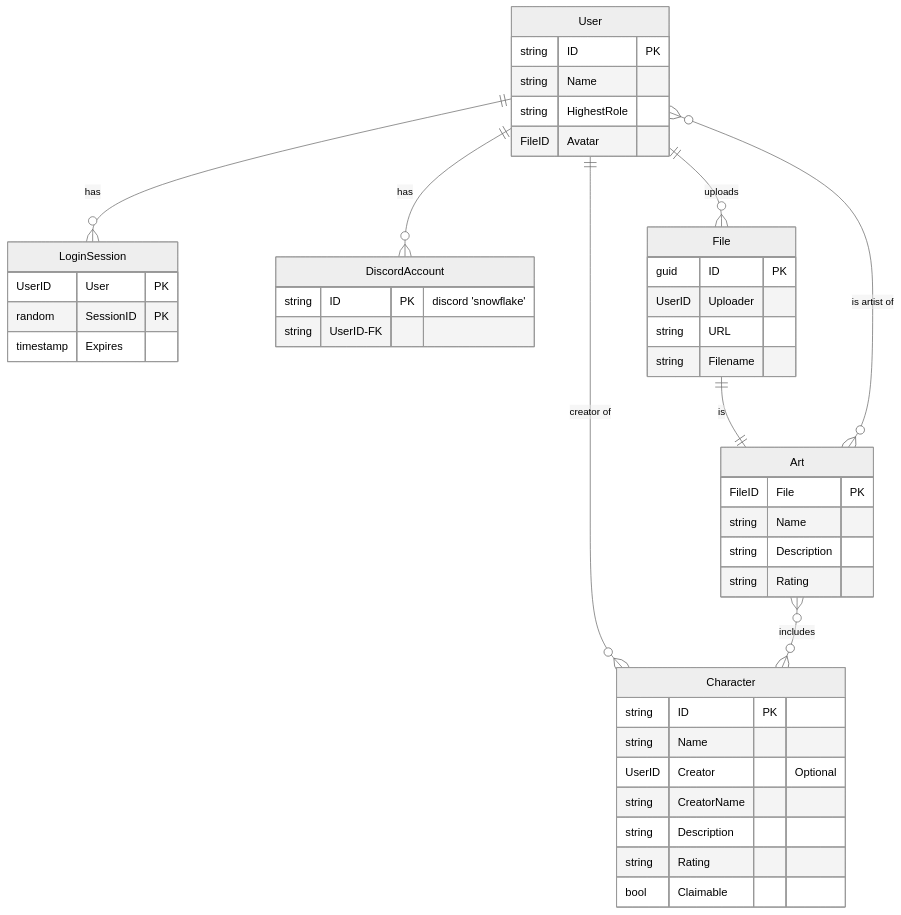
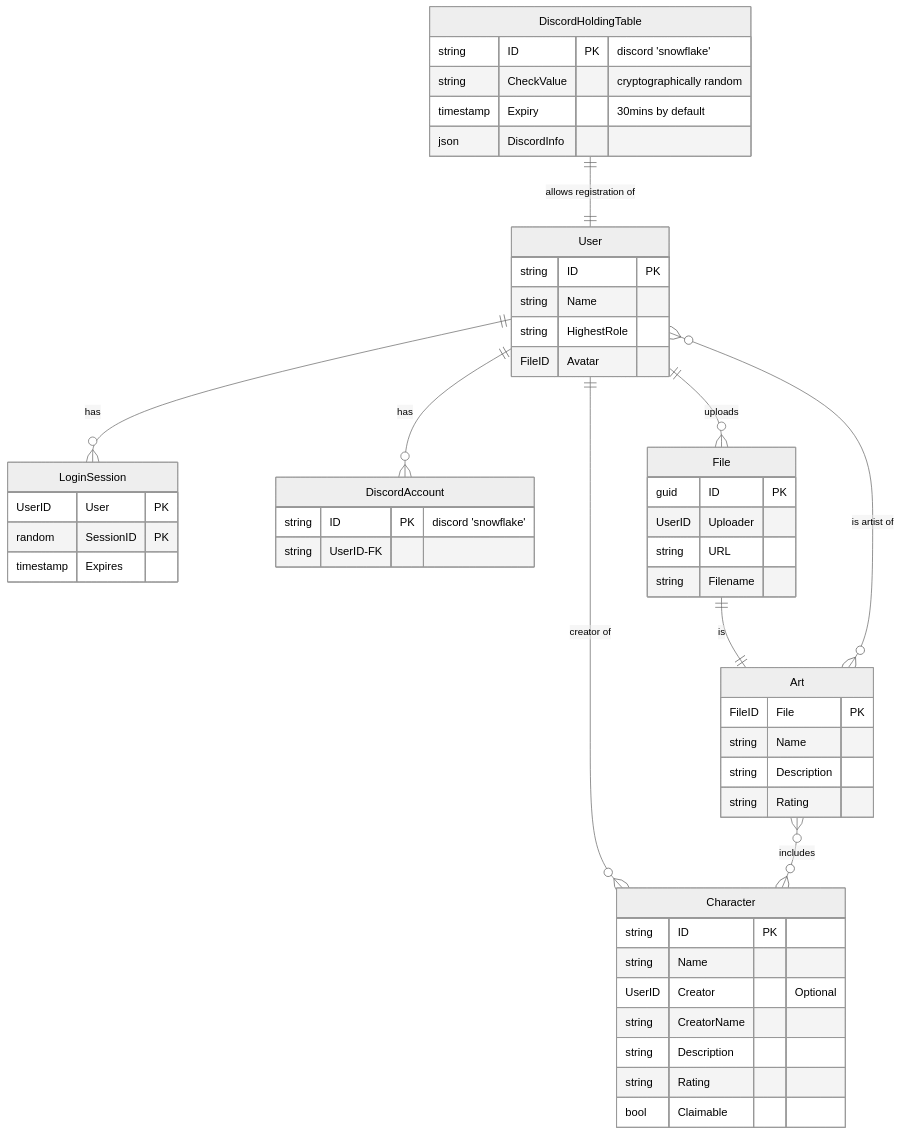
The second of 2 diagrams in docs/architecture.md (DanielOaks/mlpds-backend), drawn with Mermaid (neutral theme) before and after one commit. The commit also changed other lines of this file and 7 other files, not shown here.

````diff
--- a/docs/architecture.md
+++ b/docs/architecture.md
@@ -3,46 +29,54 @@
 ```mermaid
 erDiagram
+    DiscordHoldingTable {
+        string ID PK "discord 'snowflake'"
+        string CheckValue "cryptographically random"
+        timestamp Expiry "30mins by default"
+        json DiscordInfo
+    }
+    DiscordHoldingTable ||--|| User : "allows registration of"
     User ||--o{ LoginSession : has
     User ||--o{ DiscordAccount : has
     User {
         string ID PK
         string Name
         string HighestRole
         FileID Avatar
     }
     LoginSession {
         UserID User PK
         random SessionID PK
         timestamp Expires
     }
     DiscordAccount {
         string ID PK "discord 'snowflake'"
         string UserID-FK
     }
     User ||--o{ Character : "creator of"
     Character {
         string ID PK
         string Name
         UserID Creator "Optional"
         string CreatorName
         string Description
         string Rating
         bool Claimable
     }
     User ||--o{ File : uploads
     File {
         guid ID PK
         UserID Uploader
         string URL
         string Filename
     }
     File ||--|| Art : is
     Art }o--o{ Character : "includes"
     User }o--o{ Art : "is artist of"
     Art {
         FileID File PK
         string Name
         string Description
         string Rating
     }
+
 ```
````
